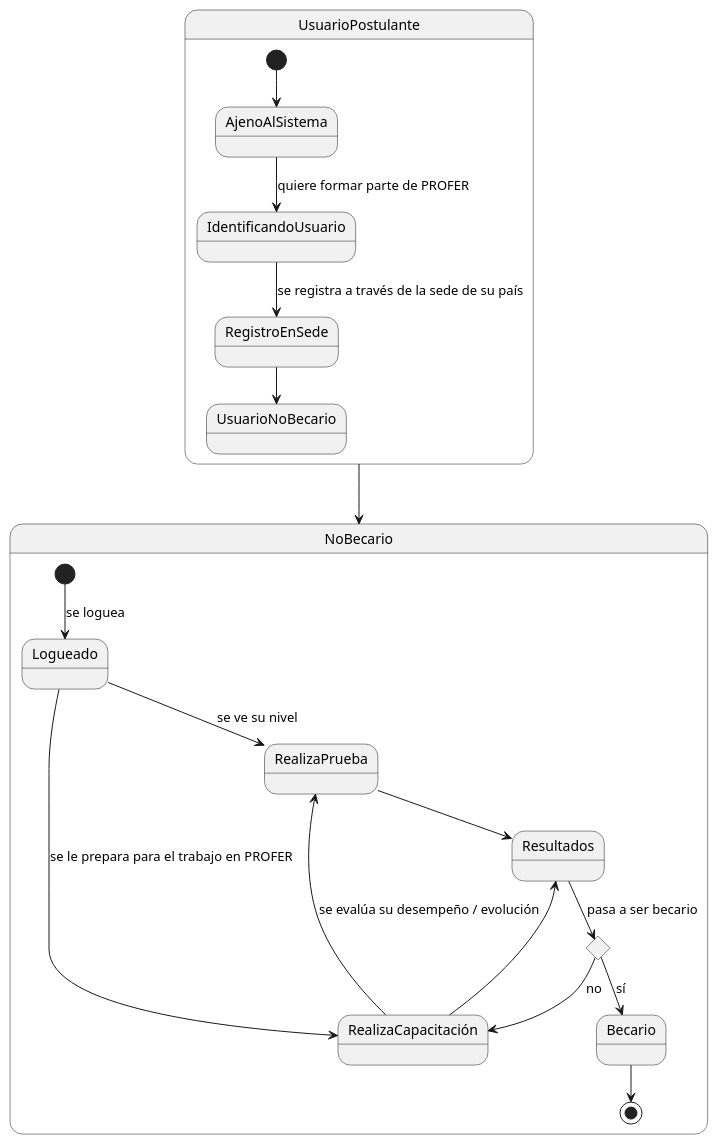
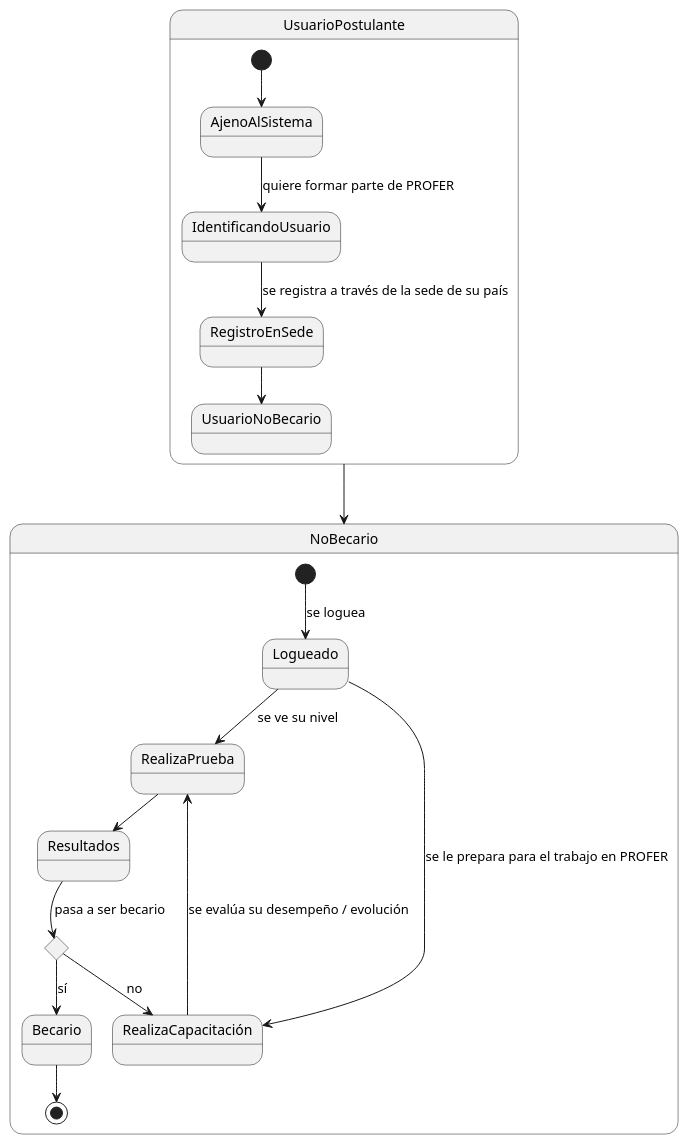
The diagram in modelo_del_dominio/diagramas_de_estados/estados_postulante.puml (mmasias/24-25-IdSw1-SDR), drawn with PlantUML before and after one commit.

Commit message:
Fix: Elimino relacion sobrante

```diff
--- a/modelo_del_dominio/diagramas_de_estados/estados_postulante.puml
+++ b/modelo_del_dominio/diagramas_de_estados/estados_postulante.puml
@@ -1,26 +1,25 @@
 @startuml Diagrama_de_Estados_Postulante
 skinparam defaultTextAlignment center
 
 state UsuarioPostulante {
   [*] --> AjenoAlSistema
   AjenoAlSistema --> IdentificandoUsuario : quiere formar parte de PROFER
   IdentificandoUsuario --> RegistroEnSede : se registra a través de la sede de su país
   RegistroEnSede --> UsuarioNoBecario
 }
 
 UsuarioPostulante --> NoBecario
 
 state NoBecario {
   [*] --> Logueado : se loguea
   Logueado --> RealizaPrueba : se ve su nivel
   Logueado --> RealizaCapacitación : se le prepara para el trabajo en PROFER
   RealizaPrueba --> Resultados
-  RealizaCapacitación --> Resultados
   RealizaCapacitación --> RealizaPrueba : se evalúa su desempeño / evolución
   state acción <<choice>>
   Resultados --> acción : pasa a ser becario
   acción --> Becario : sí
   acción --> RealizaCapacitación : no
   Becario --> [*]
 }
 @enduml
```
